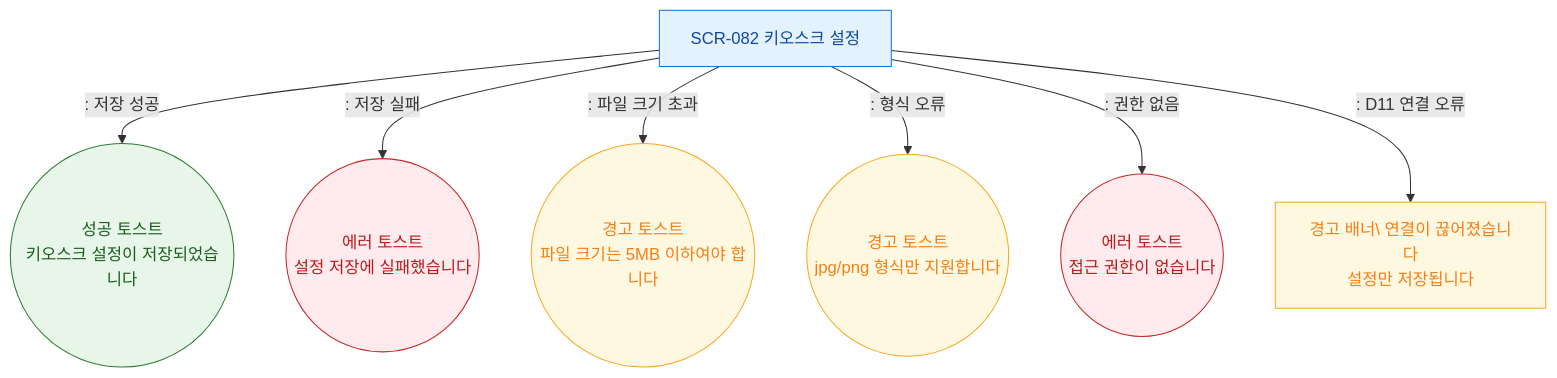
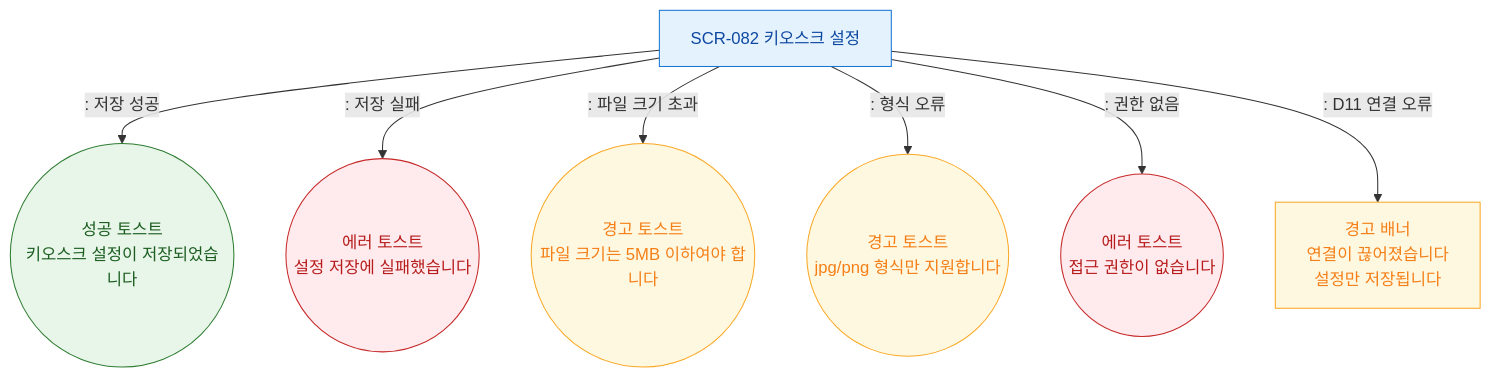
One commit to dev-spogym/admin-pando changed the diagram in docs/admin/다이어그램/D09_설정관리/SCR-082_키오스크설정/F9_토스트피드백.md. Above: the diagram before and after it, drawn with Mermaid. The commit also changed 369 other files, not shown here.

````diff
--- a/docs/admin/다이어그램/D09_설정관리/SCR-082_키오스크설정/F9_토스트피드백.md
+++ b/docs/admin/다이어그램/D09_설정관리/SCR-082_키오스크설정/F9_토스트피드백.md
@@ -12,20 +12,20 @@
 ```mermaid
 flowchart TD
     SCR082[SCR-082 키오스크 설정]
 
     SCR082 -->|": 저장 성공"|FB_OK((성공 토스트\n키오스크 설정이 저장되었습니다))
     SCR082 -->|": 저장 실패"|FB_Err((에러 토스트\n설정 저장에 실패했습니다))
     SCR082 -->|": 파일 크기 초과"|FB_Size((경고 토스트\n파일 크기는 5MB 이하여야 합니다))
     SCR082 -->|": 형식 오류"|FB_Type((경고 토스트\njpg/png 형식만 지원합니다))
     SCR082 -->|": 권한 없음"|FB_Auth((에러 토스트\n접근 권한이 없습니다))
-    SCR082 -->|": D11 연결 오류"|FB_IoT[경고 배너\ 연결이 끊어졌습니다\n설정만 저장됩니다]
+    SCR082 -->|": D11 연결 오류"|FB_IoT[경고 배너<br/> 연결이 끊어졌습니다\n설정만 저장됩니다]
 
     classDef screen fill:#E3F2FD,stroke:#1976D2,color:#0D47A1
     classDef success fill:#E8F5E9,stroke:#2E7D32,color:#1B5E20
     classDef error fill:#FFEBEE,stroke:#C62828,color:#B71C1C
     classDef warning fill:#FFF8E1,stroke:#F9A825,color:#F57F17
     class SCR082 screen
     class FB_OK success
     class FB_Err,FB_Auth error
     class FB_Size,FB_Type,FB_IoT warning
 ```
````
